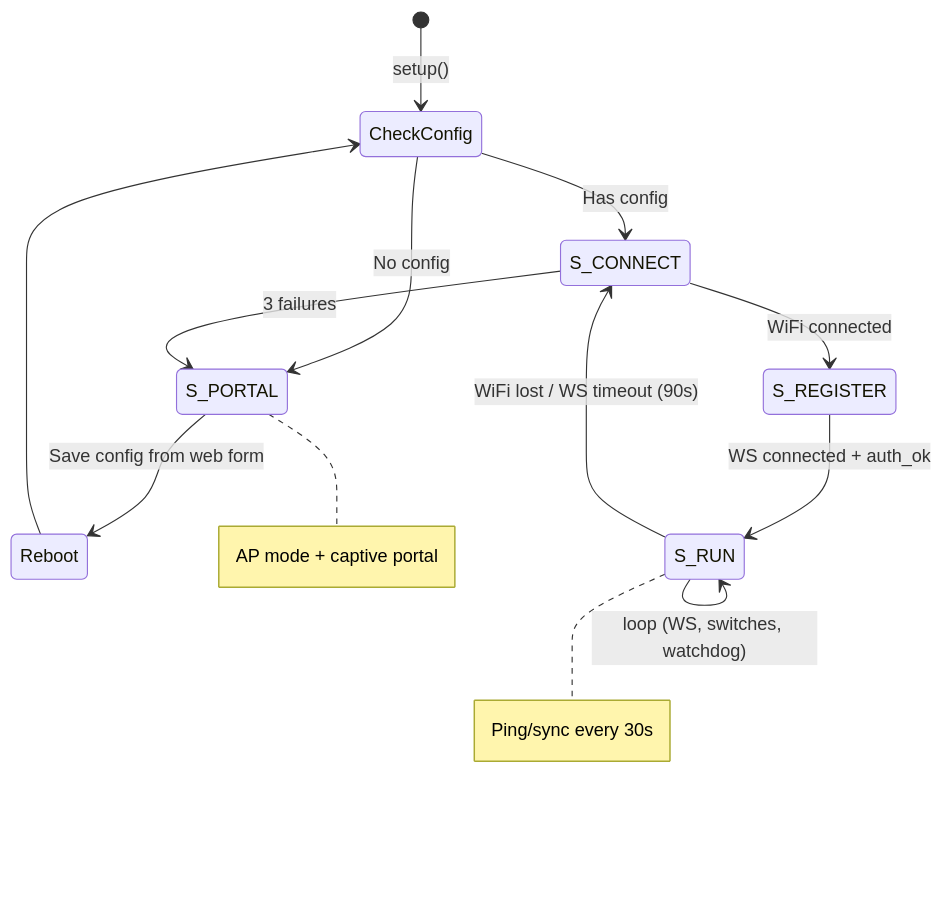
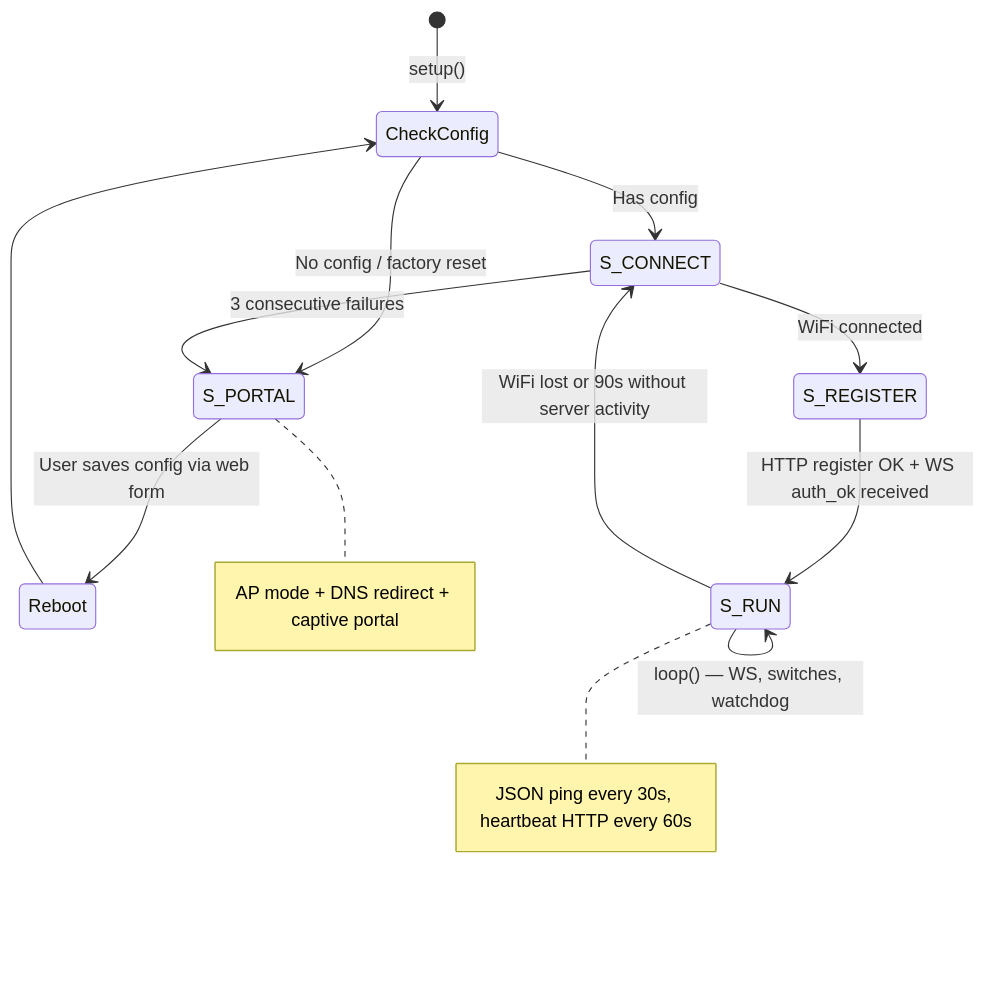
Before and after one commit to paraswtf/smarthub: the diagram in docs/esp32.md, drawn with Mermaid. The commit also changed other lines of this file and 28 other files, not shown here.

````diff
--- a/docs/esp32.md
+++ b/docs/esp32.md
@@ -5,20 +5,20 @@
 ```mermaid
 stateDiagram-v2
     [*] --> CheckConfig: setup()
-    CheckConfig --> S_PORTAL: No config
+    CheckConfig --> S_PORTAL: No config / factory reset
     CheckConfig --> S_CONNECT: Has config
 
-    S_PORTAL --> Reboot: Save config from web form
+    S_PORTAL --> Reboot: User saves config via web form
     Reboot --> CheckConfig
 
     S_CONNECT --> S_REGISTER: WiFi connected
-    S_CONNECT --> S_PORTAL: 3 failures
+    S_CONNECT --> S_PORTAL: 3 consecutive failures
 
-    S_REGISTER --> S_RUN: WS connected + auth_ok
+    S_REGISTER --> S_RUN: HTTP register OK + WS auth_ok received
 
-    S_RUN --> S_RUN: loop (WS, switches, watchdog)
-    S_RUN --> S_CONNECT: WiFi lost / WS timeout (90s)
+    S_RUN --> S_RUN: loop() — WS, switches, watchdog
+    S_RUN --> S_CONNECT: WiFi lost or 90s without server activity
 
-    note right of S_PORTAL: AP mode + captive portal
-    note right of S_RUN: Ping/sync every 30s
+    note right of S_PORTAL: AP mode + DNS redirect + captive portal
+    note right of S_RUN: JSON ping every 30s, heartbeat HTTP every 60s
 ```
````
